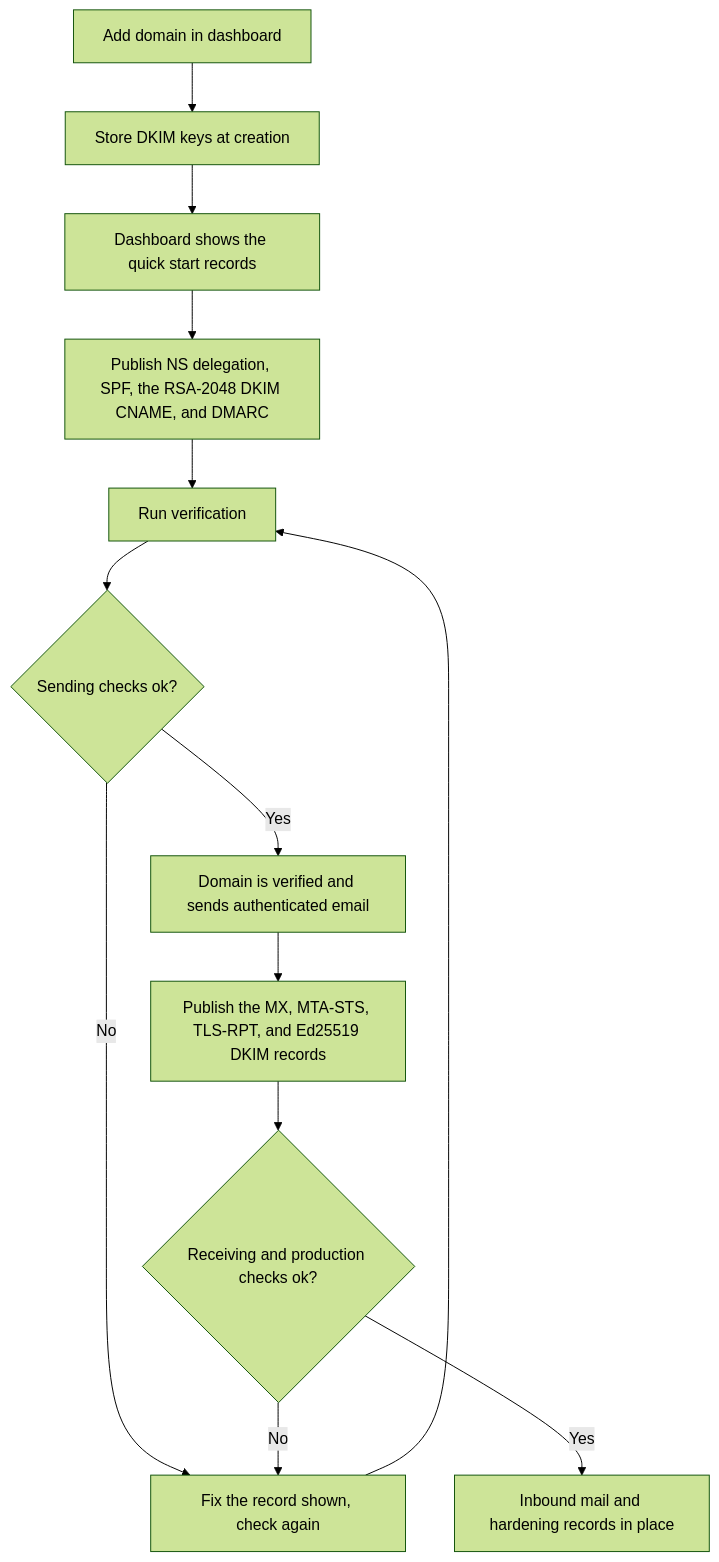
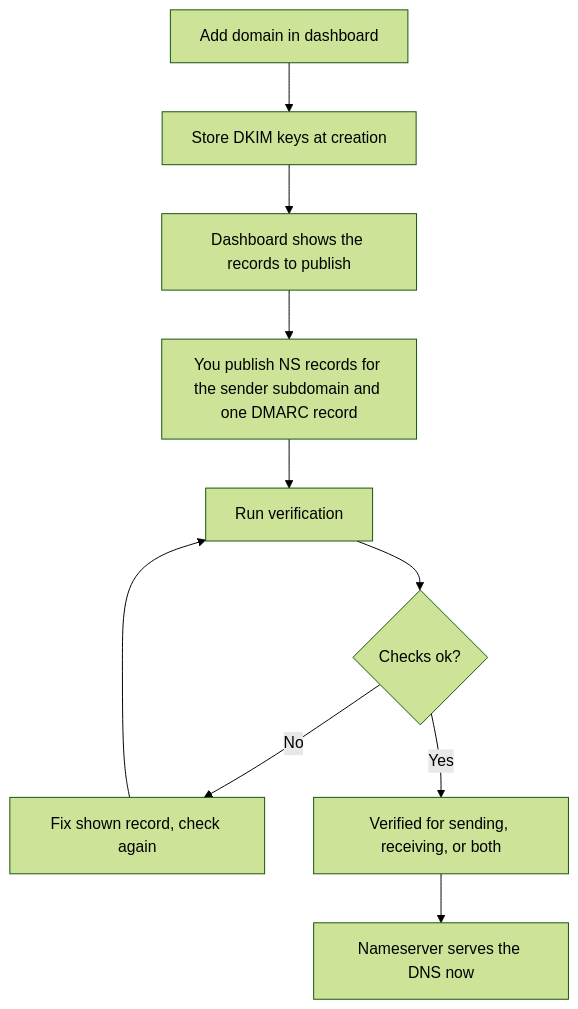
One commit to codingjoe/relay changed the second of 2 diagrams in docs/docs/domains.md. Above: the diagram before and after it, drawn with Mermaid (forest theme). The commit also changed other lines of this file and 6 other files, not shown here.

````diff
--- a/docs/docs/domains.md
+++ b/docs/docs/domains.md
@@ -70,15 +67,12 @@
 ```mermaid
 flowchart TD
     A[Add domain in dashboard] --> B[Store DKIM keys at creation]
-    B --> C[Dashboard shows the quick start records]
-    C --> D[Publish NS delegation, SPF, the RSA-2048 DKIM CNAME, and DMARC]
+    B --> C[Dashboard shows the records to publish]
+    C --> D[You publish NS records for the sender subdomain and one DMARC record]
     D --> E[Run verification]
-    E --> F{Sending checks ok?}
-    F -- No --> G[Fix the record shown, check again]
+    E --> F{Checks ok?}
+    F -- No --> G[Fix shown record, check again]
     G --> E
-    F -- Yes --> H[Domain is verified and sends authenticated email]
-    H --> I[Publish the MX, MTA-STS, TLS-RPT, and Ed25519 DKIM records]
-    I --> J{Receiving and production checks ok?}
-    J -- No --> G
-    J -- Yes --> K[Inbound mail and hardening records in place]
+    F -- Yes --> H[Verified for sending, receiving, or both]
+    H --> I[Nameserver serves the DNS now]
 ```
````
